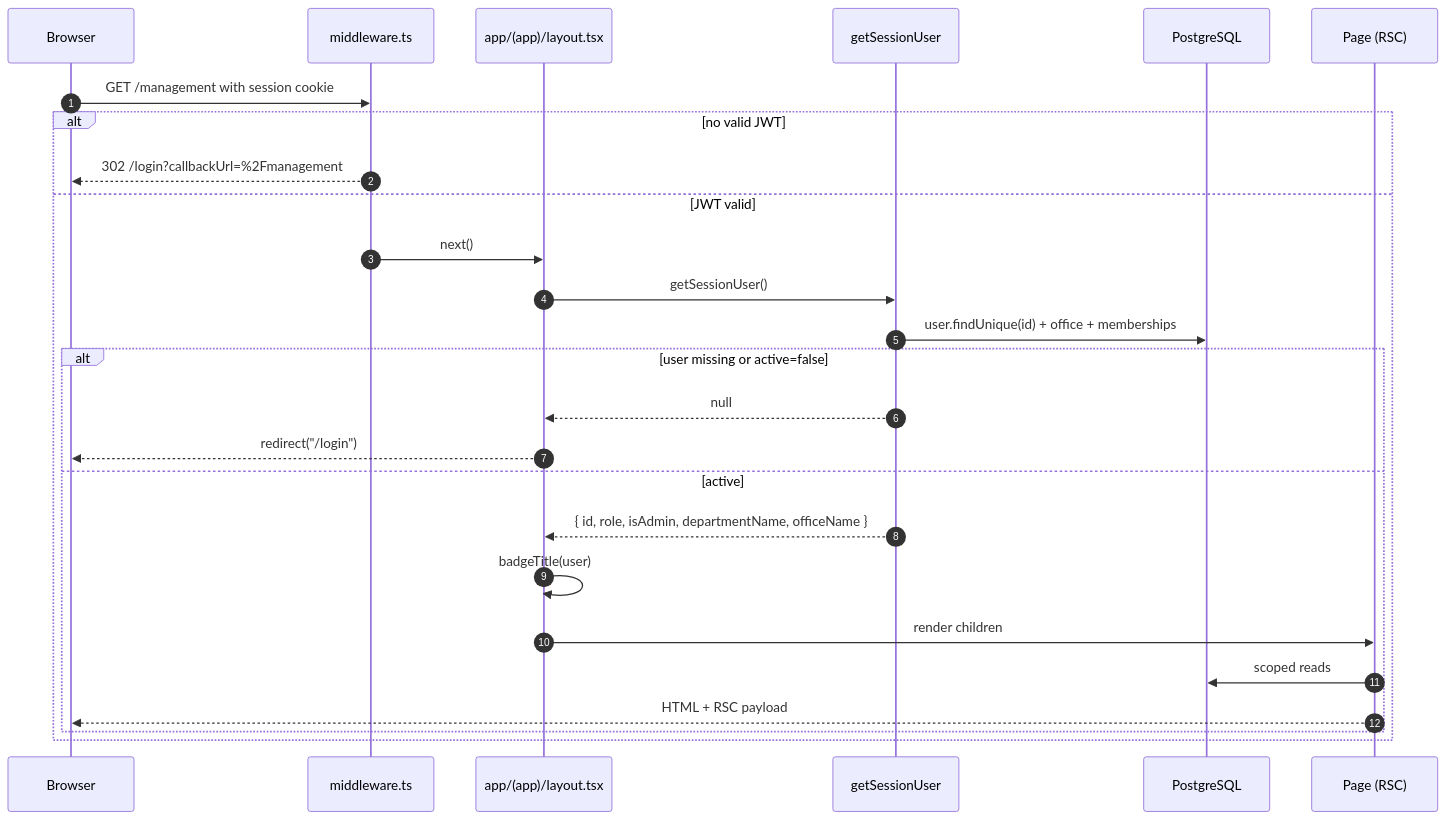
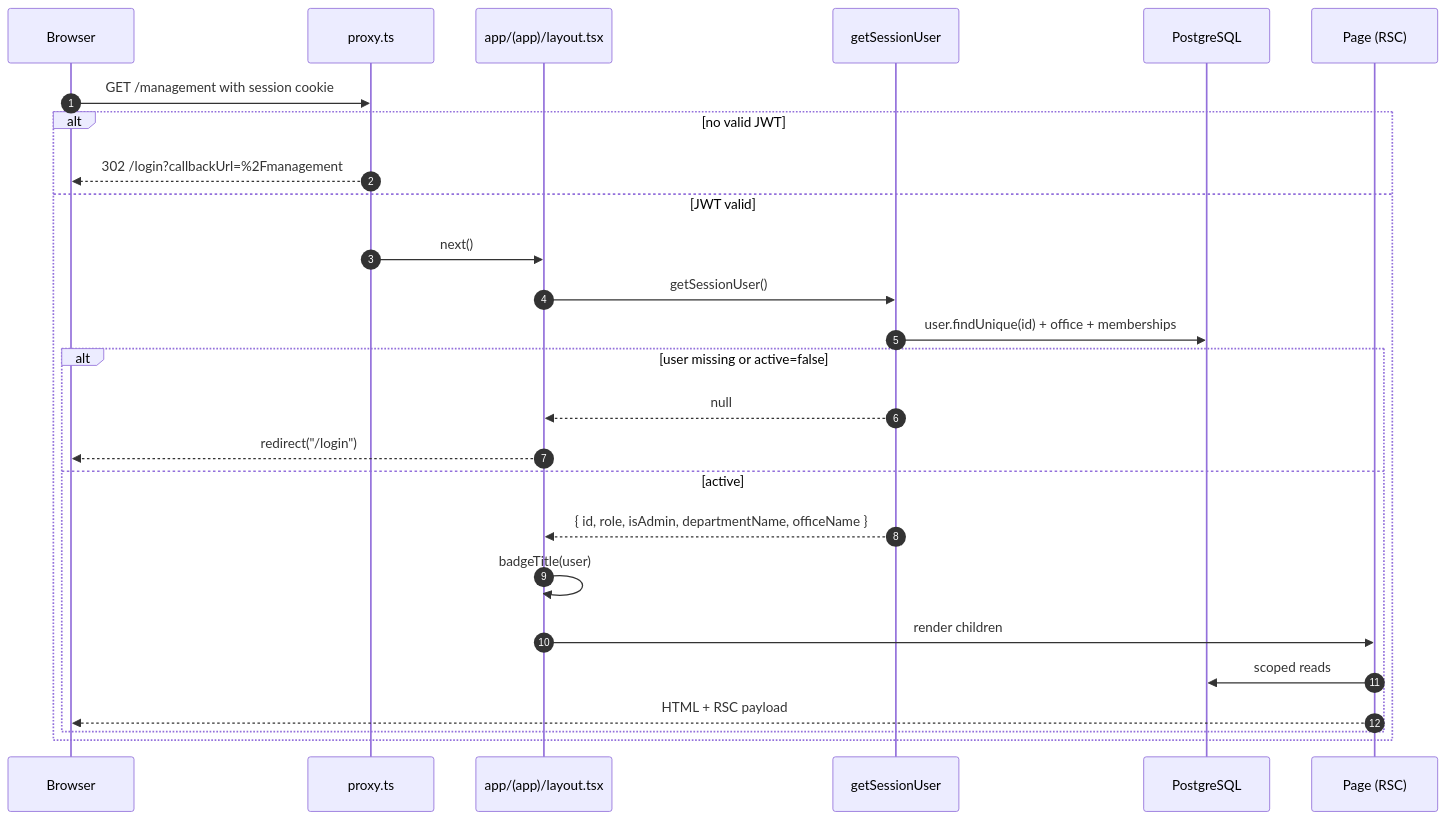
One commit to akash3114/Project_Site_Tracker changed the second of 15 diagrams in docs/SEQUENCES.md. Above: the diagram before and after it, drawn with Mermaid. The commit also changed other lines of this file and 23 other files, not shown here.

````diff
--- a/docs/SEQUENCES.md
+++ b/docs/SEQUENCES.md
@@ -83,29 +83,29 @@
 ```mermaid
 sequenceDiagram
   autonumber
   participant B as Browser
-  participant M as middleware.ts
+  participant M as proxy.ts
   participant L as app/(app)/layout.tsx
   participant A as getSessionUser
   participant D as PostgreSQL
   participant P as Page (RSC)
 
   B->>M: GET /management with session cookie
   alt no valid JWT
     M-->>B: 302 /login?callbackUrl=%2Fmanagement
   else JWT valid
     M->>L: next()
     L->>A: getSessionUser()
     A->>D: user.findUnique(id) + office + memberships
     alt user missing or active=false
       A-->>L: null
       L-->>B: redirect("/login")
     else active
       A-->>L: { id, role, isAdmin, departmentName, officeName }
       L->>L: badgeTitle(user)
       L->>P: render children
       P->>D: scoped reads
       P-->>B: HTML + RSC payload
     end
   end
 ```
````
